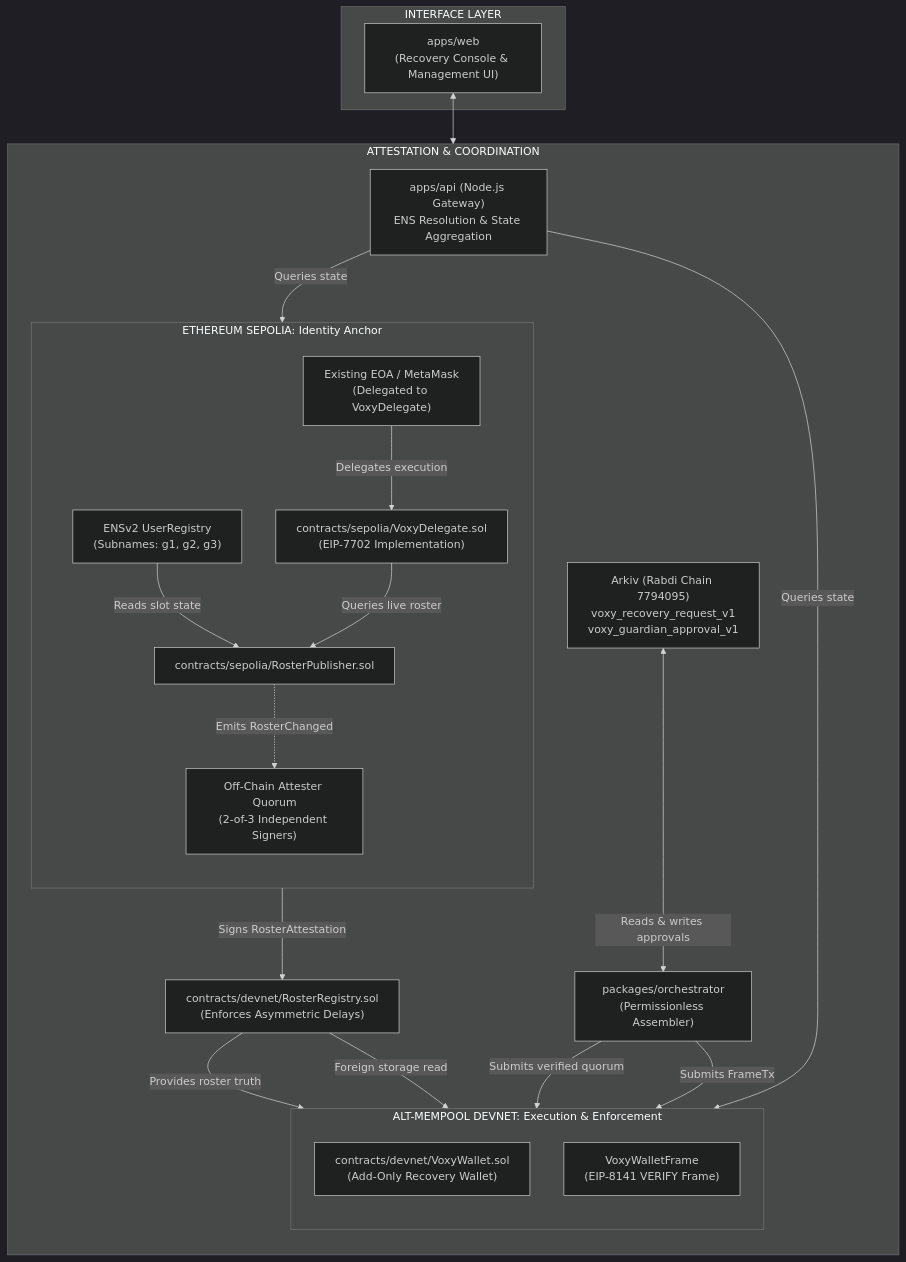
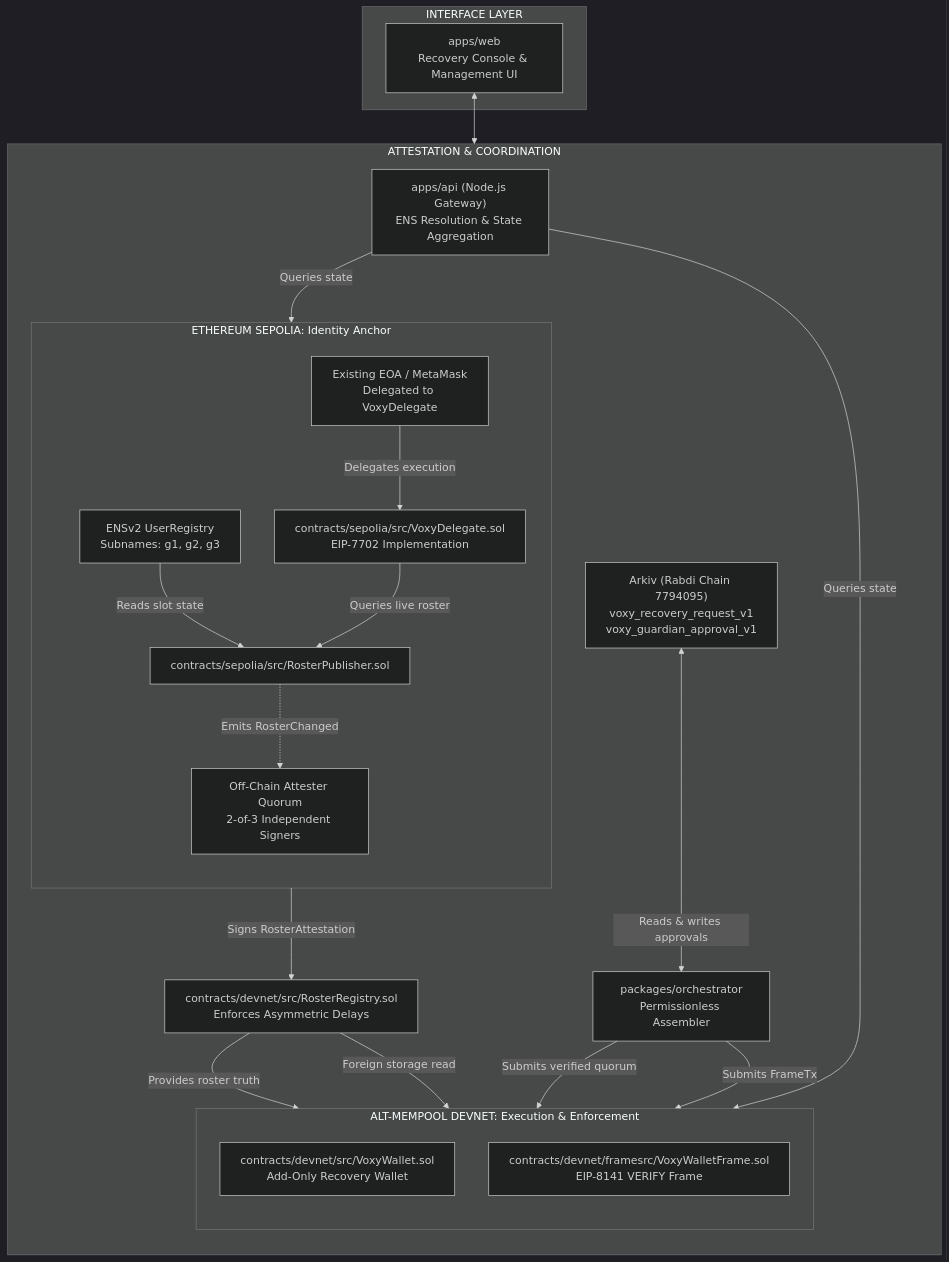
Before and after one commit to kartikeywastaken/voxy: the first of 3 diagrams in README.md, drawn with Mermaid (dark theme). The commit also changed other lines of this file, not shown here.

Commit message:
docs: add protocol comparison, explain architectural distinctions, and fix GitHub rendering errors

````diff
--- a/README.md
+++ b/README.md
@@ -40,45 +52,45 @@
 ```mermaid
 flowchart TD
     subgraph L1["ETHEREUM SEPOLIA: Identity Anchor"]
         direction TB
-        ENS["ENSv2 UserRegistry<br/>(Subnames: g1, g2, g3)"]
-        PUB["contracts/sepolia/RosterPublisher.sol"]
-        DEL["contracts/sepolia/VoxyDelegate.sol<br/>(EIP-7702 Implementation)"]
-        EOA["Existing EOA / MetaMask<br/>(Delegated to VoxyDelegate)"]
+        ENS["ENSv2 UserRegistry<br/>Subnames: g1, g2, g3"]
+        PUB["contracts/sepolia/src/RosterPublisher.sol"]
+        DEL["contracts/sepolia/src/VoxyDelegate.sol<br/>EIP-7702 Implementation"]
+        EOA["Existing EOA / MetaMask<br/>Delegated to VoxyDelegate"]
         
         ENS -->|Reads slot state| PUB
         PUB -.->|Emits RosterChanged| ATT
         EOA -->|Delegates execution| DEL
         DEL -->|Queries live roster| PUB
     end
 
     subgraph OFFCHAIN["ATTESTATION & COORDINATION"]
         direction TB
-        ATT["Off-Chain Attester Quorum<br/>(2-of-3 Independent Signers)"]
+        ATT["Off-Chain Attester Quorum<br/>2-of-3 Independent Signers"]
         ARKIV["Arkiv (Rabdi Chain 7794095)<br/>voxy_recovery_request_v1<br/>voxy_guardian_approval_v1"]
         API["apps/api (Node.js Gateway)<br/>ENS Resolution & State Aggregation"]
-        ASM["packages/orchestrator<br/>(Permissionless Assembler)"]
+        ASM["packages/orchestrator<br/>Permissionless Assembler"]
         
         ATT -->|Signs RosterAttestation| REG
         ARKIV <-->|Reads & writes approvals| ASM
         API -->|Queries state| L1
         API -->|Queries state| L2
     end
 
     subgraph L2["ALT-MEMPOOL DEVNET: Execution & Enforcement"]
         direction TB
-        REG["contracts/devnet/RosterRegistry.sol<br/>(Enforces Asymmetric Delays)"]
-        WAL["contracts/devnet/VoxyWallet.sol<br/>(Add-Only Recovery Wallet)"]
-        FRM["VoxyWalletFrame<br/>(EIP-8141 VERIFY Frame)"]
+        REG["contracts/devnet/src/RosterRegistry.sol<br/>Enforces Asymmetric Delays"]
+        WAL["contracts/devnet/src/VoxyWallet.sol<br/>Add-Only Recovery Wallet"]
+        FRM["contracts/devnet/framesrc/VoxyWalletFrame.sol<br/>EIP-8141 VERIFY Frame"]
         
         REG -->|Provides roster truth| WAL
         REG -->|Foreign storage read| FRM
         ASM -->|Submits verified quorum| WAL
         ASM -->|Submits FrameTx| FRM
     end
 
     subgraph CLIENT["INTERFACE LAYER"]
-        WEB["apps/web<br/>(Recovery Console & Management UI)"]
+        WEB["apps/web<br/>Recovery Console & Management UI"]
         WEB <--> API
     end
 ```
````
